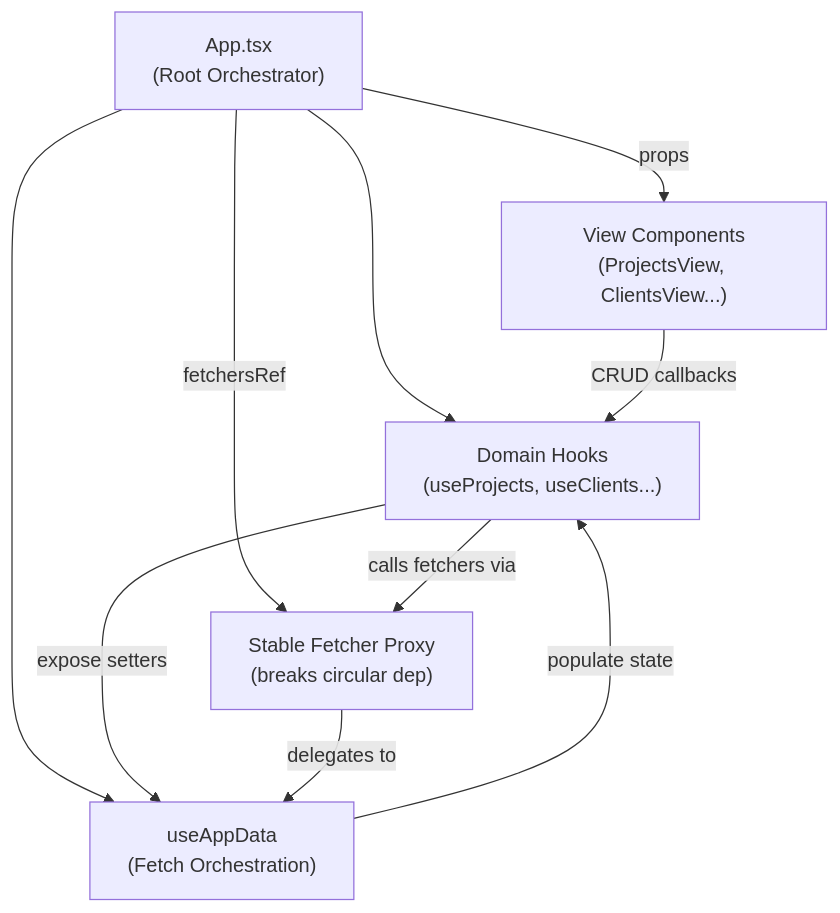
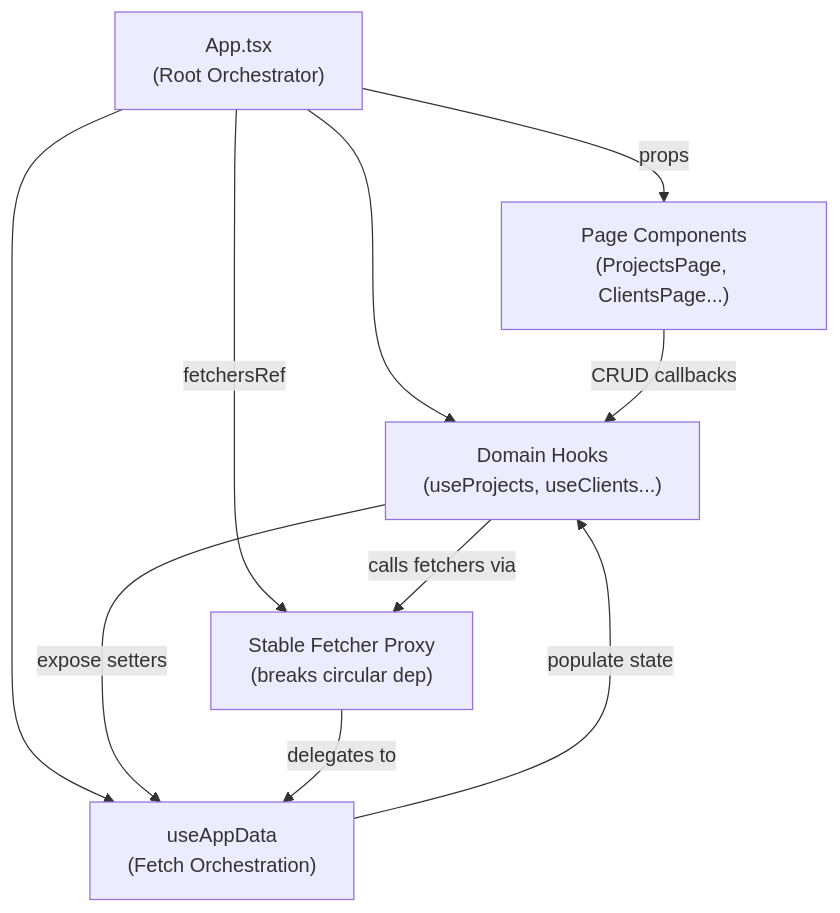
The first of 5 diagrams in docs/ARCHITECTURE.md (zigikralj/EGG_admin_client), drawn with Mermaid before and after one commit. The commit also changed other lines of this file, not shown here.

Commit message:
docs: update architecture documentation to reflect page renames and directory reorganization

````diff
--- a/docs/ARCHITECTURE.md
+++ b/docs/ARCHITECTURE.md
@@ -60,12 +60,12 @@
 ```mermaid
 graph TD
     A["App.tsx<br/>(Root Orchestrator)"] --> B["Domain Hooks<br/>(useProjects, useClients...)"]
     A --> C["useAppData<br/>(Fetch Orchestration)"]
     B -->|"expose setters"| C
     C -->|"populate state"| B
     A -->|"fetchersRef"| D["Stable Fetcher Proxy<br/>(breaks circular dep)"]
     D -->|"delegates to"| C
     B -->|"calls fetchers via"| D
-    A -->|"props"| E["View Components<br/>(ProjectsView, ClientsView...)"]
+    A -->|"props"| E["Page Components<br/>(ProjectsPage, ClientsPage...)"]
     E -->|"CRUD callbacks"| B
 ```
````
